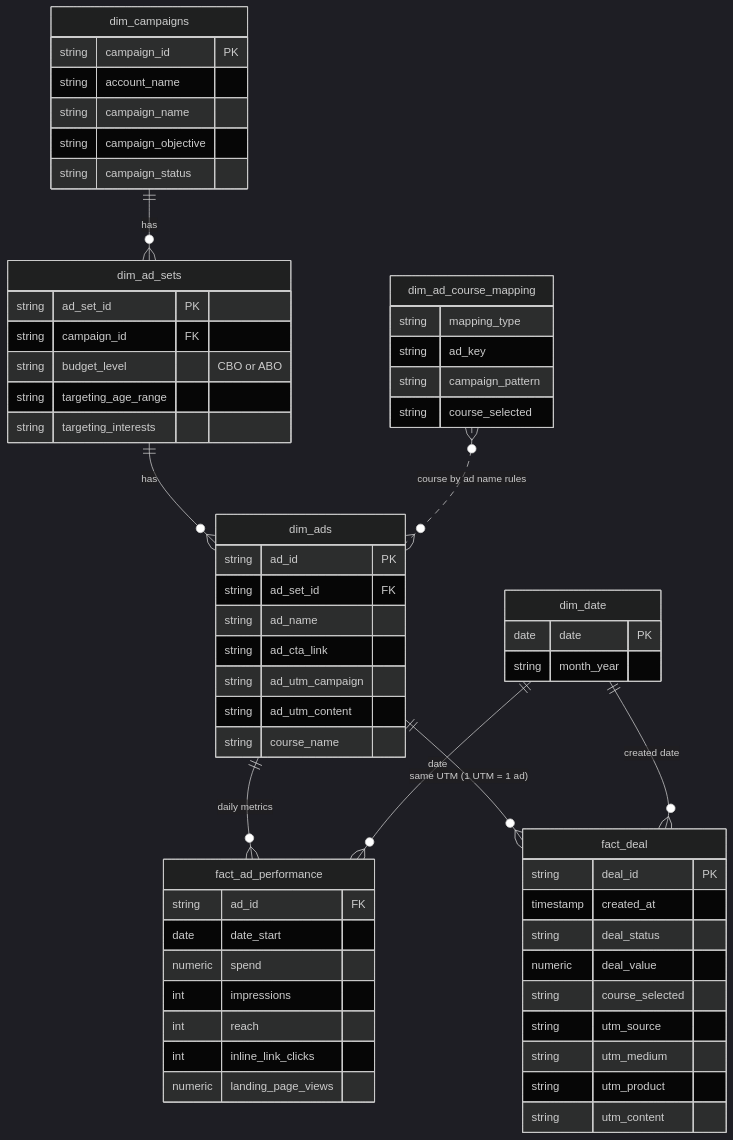
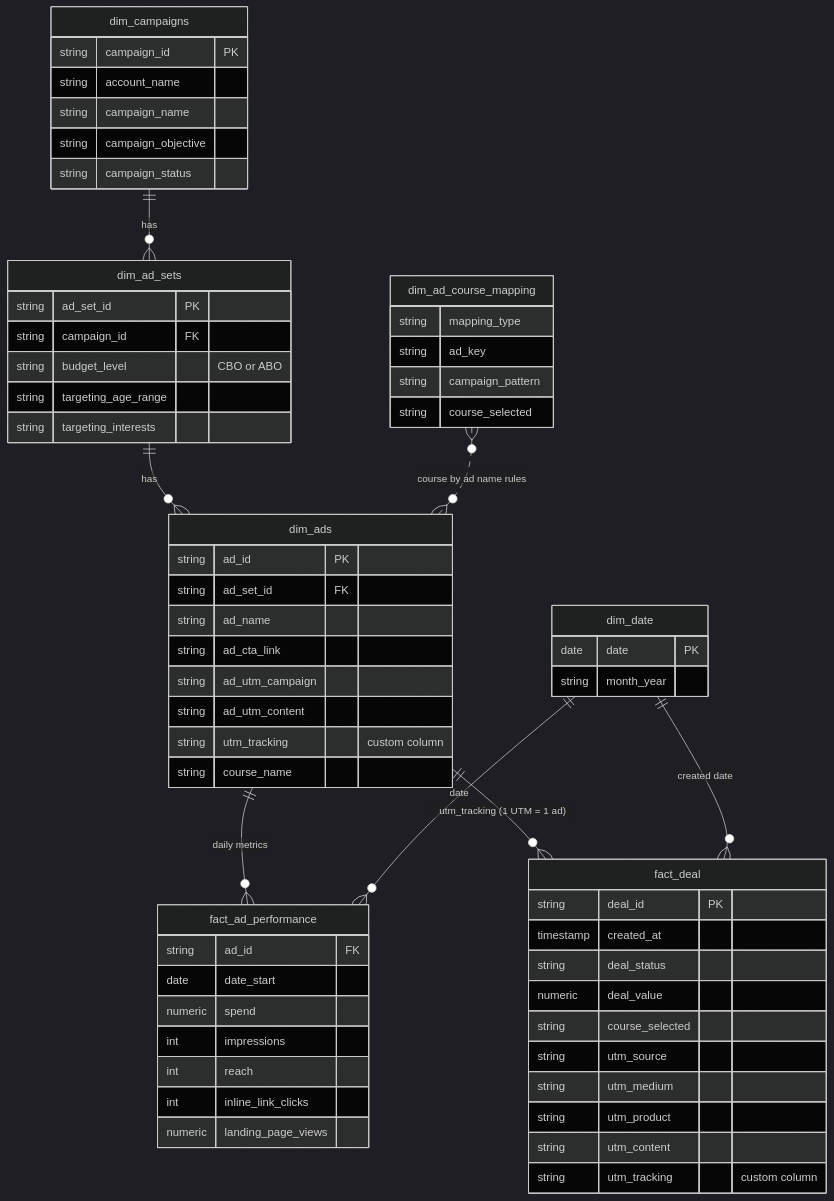
The second of 2 diagrams in README.md (tuhoang3112/fb-ads-lead-attribution), drawn with Mermaid (dark theme) before and after one commit. The commit also changed other lines of this file, not shown here.

Commit message:
Data model: join ads and leads on a single utm_tracking column
Claude-Session: https://claude.ai/code/session_01FE233U4YTNJntBW99dBEpw

````diff
--- a/README.md
+++ b/README.md
@@ -111,64 +111,66 @@
 ```mermaid
 erDiagram
   dim_campaigns ||--o{ dim_ad_sets : "has"
   dim_ad_sets ||--o{ dim_ads : "has"
   dim_ads ||--o{ fact_ad_performance : "daily metrics"
   dim_ad_course_mapping }o..o{ dim_ads : "course by ad name rules"
-  dim_ads ||--o{ fact_deal : "same UTM (1 UTM = 1 ad)"
+  dim_ads ||--o{ fact_deal : "utm_tracking (1 UTM = 1 ad)"
   dim_date ||--o{ fact_ad_performance : "date"
   dim_date ||--o{ fact_deal : "created date"
 
   dim_campaigns {
     string campaign_id PK
     string account_name
     string campaign_name
     string campaign_objective
     string campaign_status
   }
   dim_ad_sets {
     string ad_set_id PK
     string campaign_id FK
     string budget_level "CBO or ABO"
     string targeting_age_range
     string targeting_interests
   }
   dim_ads {
     string ad_id PK
     string ad_set_id FK
     string ad_name
     string ad_cta_link
     string ad_utm_campaign
     string ad_utm_content
+    string utm_tracking "custom column"
     string course_name
   }
   fact_ad_performance {
     string ad_id FK
     date date_start
     numeric spend
     int impressions
     int reach
     int inline_link_clicks
     numeric landing_page_views
   }
   dim_ad_course_mapping {
     string mapping_type
     string ad_key
     string campaign_pattern
     string course_selected
   }
   fact_deal {
     string deal_id PK
     timestamp created_at
     string deal_status
     numeric deal_value
     string course_selected
     string utm_source
     string utm_medium
     string utm_product
     string utm_content
+    string utm_tracking "custom column"
   }
   dim_date {
     date date PK
     string month_year
   }
 ```
````
